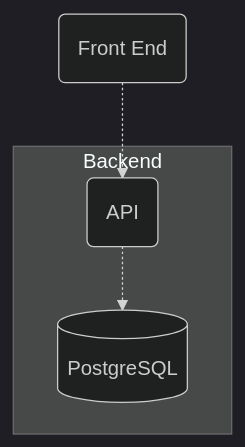
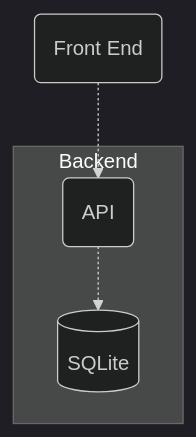
Before and after one commit to macielti/rango-graalvm: the diagram in README.md, drawn with Mermaid (dark theme). The commit also changed other lines of this file, not shown here.

````diff
--- a/README.md
+++ b/README.md
@@ -5,8 +5,8 @@
 ```mermaid
 flowchart TD
     G(Front End) -.-> LB(API)
     subgraph Backend
-        LB -.-> Db[(PostgreSQL)]
-        
+        LB -.-> Db[(SQLite)]
+
     end
 ```
````
